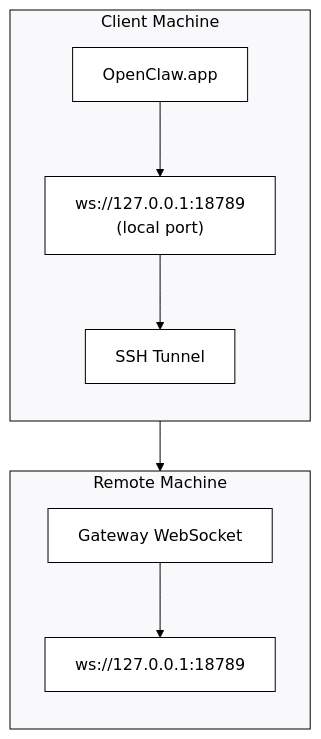
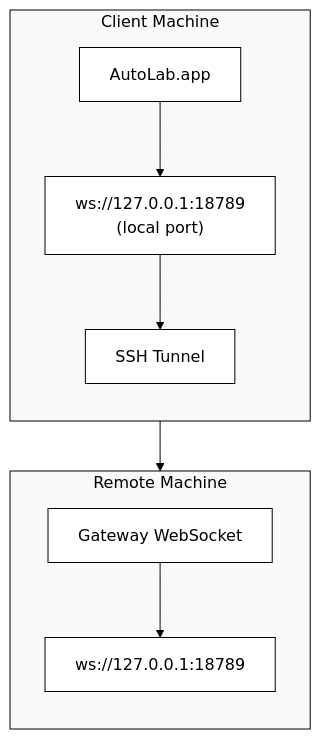
Before and after one commit to dvallier-ai/autolab-public: the diagram in .rebrand-backup-20260209-114055/docs/gateway/remote-gateway-readme.md, drawn with Mermaid. The commit also changed other lines of this file and 6987 other files, not shown here.

````diff
--- a/.rebrand-backup-20260209-114055/docs/gateway/remote-gateway-readme.md
+++ b/.rebrand-backup-20260209-114055/docs/gateway/remote-gateway-readme.md
@@ -13,36 +13,36 @@
 ```mermaid
 %%{init: {
   'theme': 'base',
   'themeVariables': {
     'primaryColor': '#ffffff',
     'primaryTextColor': '#000000',
     'primaryBorderColor': '#000000',
     'lineColor': '#000000',
     'secondaryColor': '#f9f9fb',
     'tertiaryColor': '#ffffff',
     'clusterBkg': '#f9f9fb',
     'clusterBorder': '#000000',
     'nodeBorder': '#000000',
     'mainBkg': '#ffffff',
     'edgeLabelBackground': '#ffffff'
   }
 }}%%
 flowchart TB
     subgraph Client["Client Machine"]
         direction TB
-        A["OpenClaw.app"]
+        A["AutoLab.app"]
         B["ws://127.0.0.1:18789\n(local port)"]
         T["SSH Tunnel"]
 
         A --> B
         B --> T
     end
     subgraph Remote["Remote Machine"]
         direction TB
         C["Gateway WebSocket"]
         D["ws://127.0.0.1:18789"]
 
         C --> D
     end
     T --> C
 ```
````
